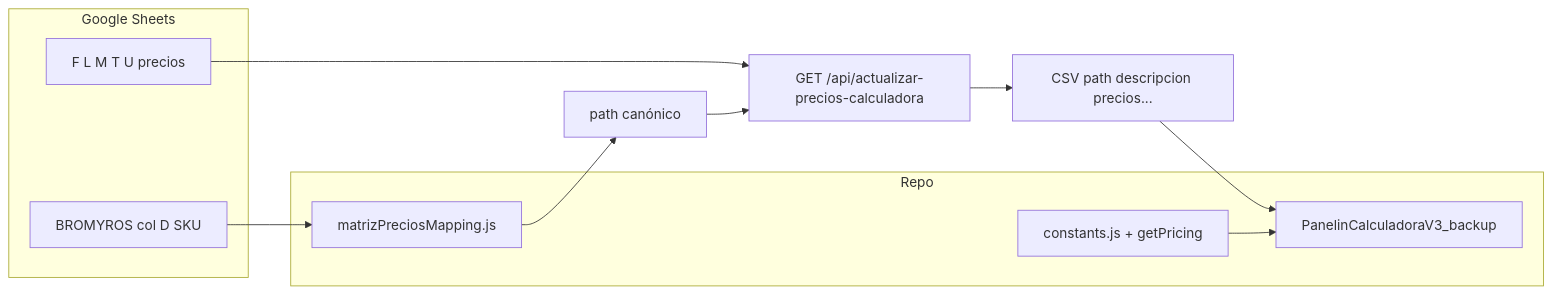
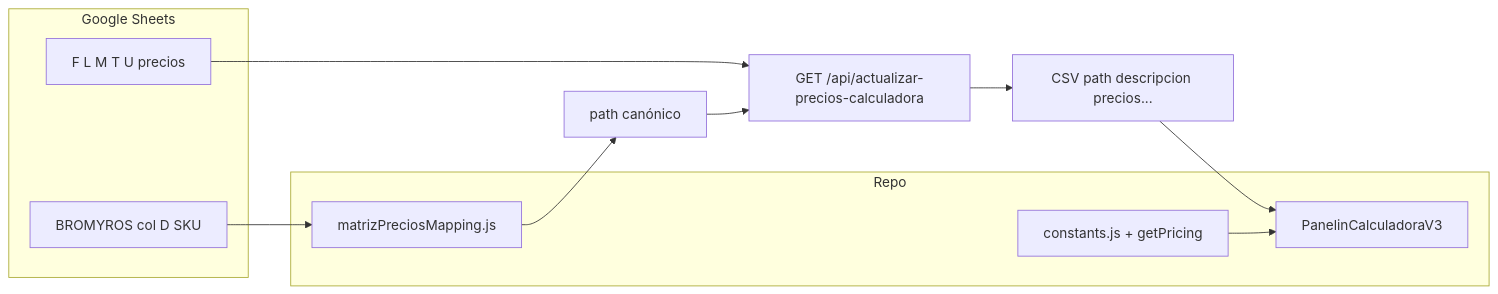
The diagram in docs/team/knowledge/MATRIZ-CALCULADORA.md (matiasportugau-ui/Calculadora-BMC), drawn with Mermaid before and after one commit. The commit also changed other lines of this file and 52 other files, not shown here.

````diff
--- a/docs/team/knowledge/MATRIZ-CALCULADORA.md
+++ b/docs/team/knowledge/MATRIZ-CALCULADORA.md
@@ -19,21 +19,21 @@
 ```mermaid
 flowchart LR
   subgraph sheets [Google Sheets]
     B[BROMYROS col D SKU]
     F[F L M T U precios]
   end
   subgraph code [Repo]
     M[matrizPreciosMapping.js]
     C[constants.js + getPricing]
-    UI[PanelinCalculadoraV3_backup]
+    UI[PanelinCalculadoraV3]
   end
   API[GET /api/actualizar-precios-calculadora]
   CSV[CSV path descripcion precios...]
   B --> M
   M --> path[path canónico]
   F --> API
   path --> API
   API --> CSV
   CSV --> UI
   C --> UI
 ```
````
